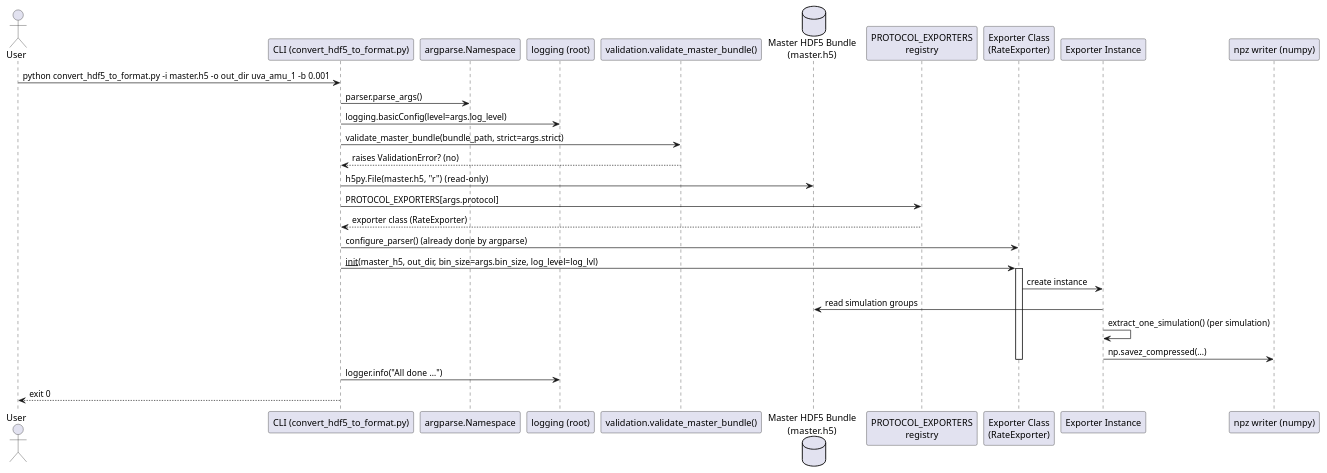
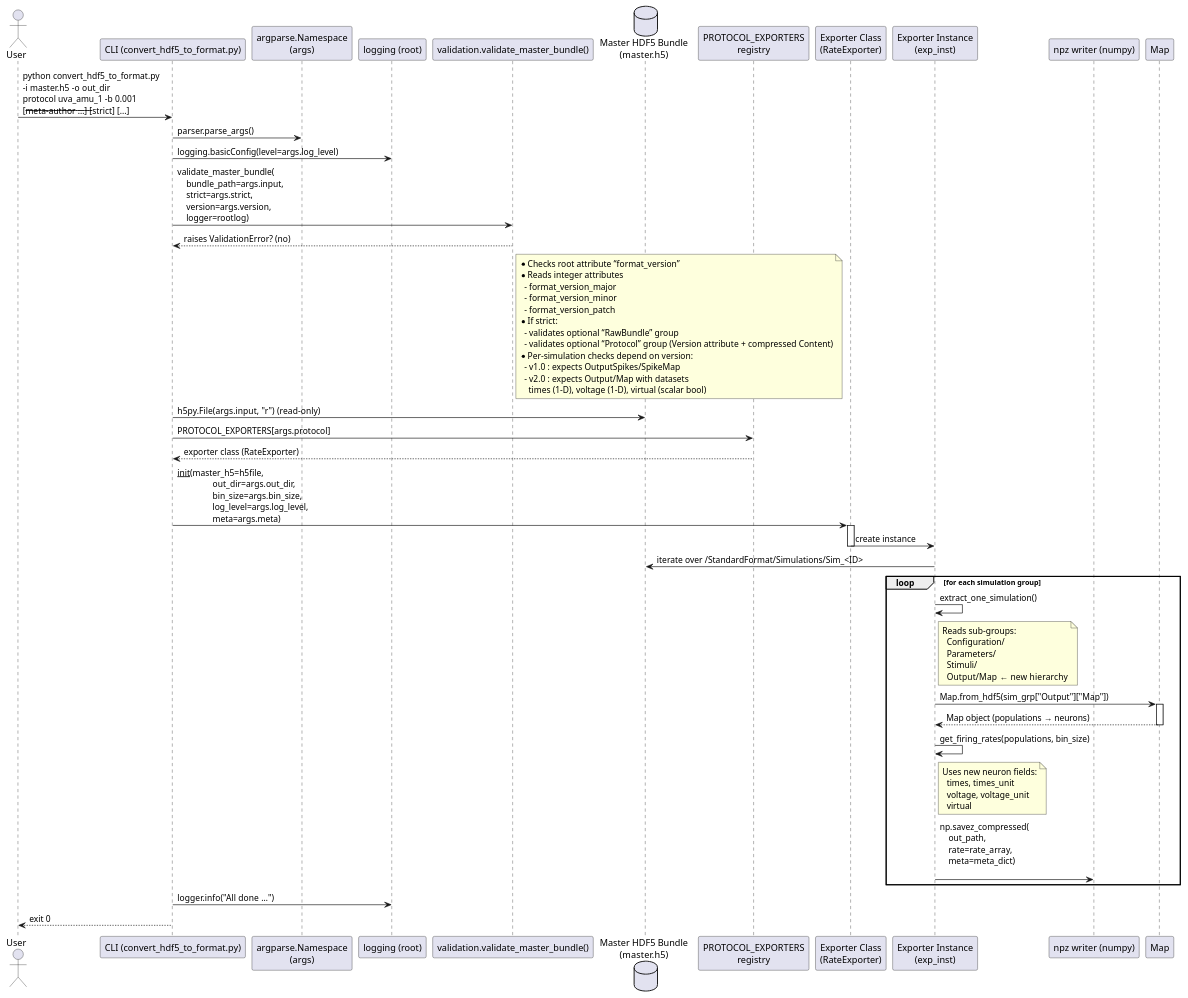
Before and after one commit to virtual-brain-twins/vbt-converter: the diagram in docs/sd_hdf5_to_protocol_format.puml, drawn with PlantUML. The commit also changed 33 other files, not shown here.

First line of the commit message:
feat(converter): migrate SpikeMap to generic Map, extend schema to version 2.0 and add validation CLI

```diff
--- a/docs/sd_hdf5_to_protocol_format.puml
+++ b/docs/sd_hdf5_to_protocol_format.puml
@@ -1,36 +1,84 @@
 @startuml sd_hdf5_to_protocol_format
+' Participants ---------------------------------------------------------------
 actor User as u
 participant "CLI (convert_hdf5_to_format.py)" as cli
-participant "argparse.Namespace" as args
+participant "argparse.Namespace\n(args)" as args
 participant "logging (root)" as rootlog
 participant "validation.validate_master_bundle()" as validator
 database "Master HDF5 Bundle\n(master.h5)" as h5file
 participant "PROTOCOL_EXPORTERS\nregistry" as exporter_reg
 participant "Exporter Class\n(RateExporter)" as exporter
-participant "Exporter Instance" as exp_inst
+participant "Exporter Instance\n(exp_inst)" as exp_inst
 participant "npz writer (numpy)" as npz
 
-u -> cli : python convert_hdf5_to_format.py -i master.h5 -o out_dir uva_amu_1 -b 0.001
+' 1️⃣  Argument parsing & logging -------------------------------------------
+u -> cli : python convert_hdf5_to_format.py \n-i master.h5 -o out_dir \nprotocol uva_amu_1 -b 0.001 \n[--meta‑author …] [--strict] [...]
 cli -> args : parser.parse_args()
 cli -> rootlog : logging.basicConfig(level=args.log_level)
 
-cli -> validator : validate_master_bundle(bundle_path, strict=args.strict)
+' 2️⃣  Validation (strict mode controls optional groups) --------------------
+cli -> validator : validate_master_bundle(\n    bundle_path=args.input,\n    strict=args.strict,\n    version=args.version,\n    logger=rootlog)
 validator --> cli : raises ValidationError? (no)
 
-cli -> h5file : h5py.File(master.h5, "r")  (read‑only)
+'   Validation internals (shown as notes for clarity) ------------------------
+note right of validator
+  * Checks root attribute “format_version”
+  * Reads integer attributes
+    - format_version_major
+    - format_version_minor
+    - format_version_patch
+  * If strict:
+    – validates optional “RawBundle” group
+    – validates optional “Protocol” group (Version attribute + compressed Content)
+  * Per‑simulation checks depend on version:
+    – v1.0 : expects OutputSpikes/SpikeMap
+    – v2.0 : expects Output/Map with datasets
+      times (1‑D), voltage (1‑D), virtual (scalar bool)
+end note
+
+' 3️⃣  Open the HDF5 file ----------------------------------------------------
+cli -> h5file : h5py.File(args.input, "r")  (read‑only)
+
+' 4️⃣  Resolve the exporter -------------------------------------------------
 cli -> exporter_reg : PROTOCOL_EXPORTERS[args.protocol]
 exporter_reg --> cli : exporter class (RateExporter)
 
-cli -> exporter : configure_parser() (already done by argparse)
-
-cli -> exporter : __init__(master_h5, out_dir, bin_size=args.bin_size, log_level=log_lvl)
+' 5️⃣  Initialise the exporter (bin‑size, log‑level, metadata…) -------------
+cli -> exporter : __init__(master_h5=h5file,\n                out_dir=args.out_dir,\n                bin_size=args.bin_size,\n                log_level=args.log_level,\n                meta=args.meta)
 activate exporter
 exporter -> exp_inst : create instance
-exp_inst -> h5file : read simulation groups
-exp_inst -> exp_inst : extract_one_simulation() (per simulation)
-exp_inst -> npz : np.savez_compressed(...)
 deactivate exporter
 
+' 6️⃣  Exporter reads every simulation ---------------------------------------
+exp_inst -> h5file : iterate over /StandardFormat/Simulations/Sim_<ID>
+loop for each simulation group
+    exp_inst -> exp_inst : extract_one_simulation()
+    note right of exp_inst
+      Reads sub‑groups:
+        Configuration/
+        Parameters/
+        Stimuli/
+        Output/Map   ← new hierarchy
+    end note
+    exp_inst -> Map : Map.from_hdf5(sim_grp["Output"]["Map"])
+    activate Map
+    Map --> exp_inst : Map object (populations → neurons)
+    deactivate Map
+
+    ' 7️⃣  Convert spike/voltage data to firing‑rate bins --------------------
+    exp_inst -> exp_inst : get_firing_rates(populations, bin_size)
+    note right of exp_inst
+      Uses new neuron fields:
+        times, times_unit
+        voltage, voltage_unit
+        virtual
+    end note
+
+    ' 8️⃣  Write numpy‑compressed output ------------------------------------
+    exp_inst -> npz : np.savez_compressed(\n    out_path,\n    rate=rate_array,\n    meta=meta_dict)\n
+end
+
+' 9️⃣  Finish ---------------------------------------------------------------
 cli -> rootlog : logger.info("All done …")
 cli --> u : exit 0
 @enduml
```
